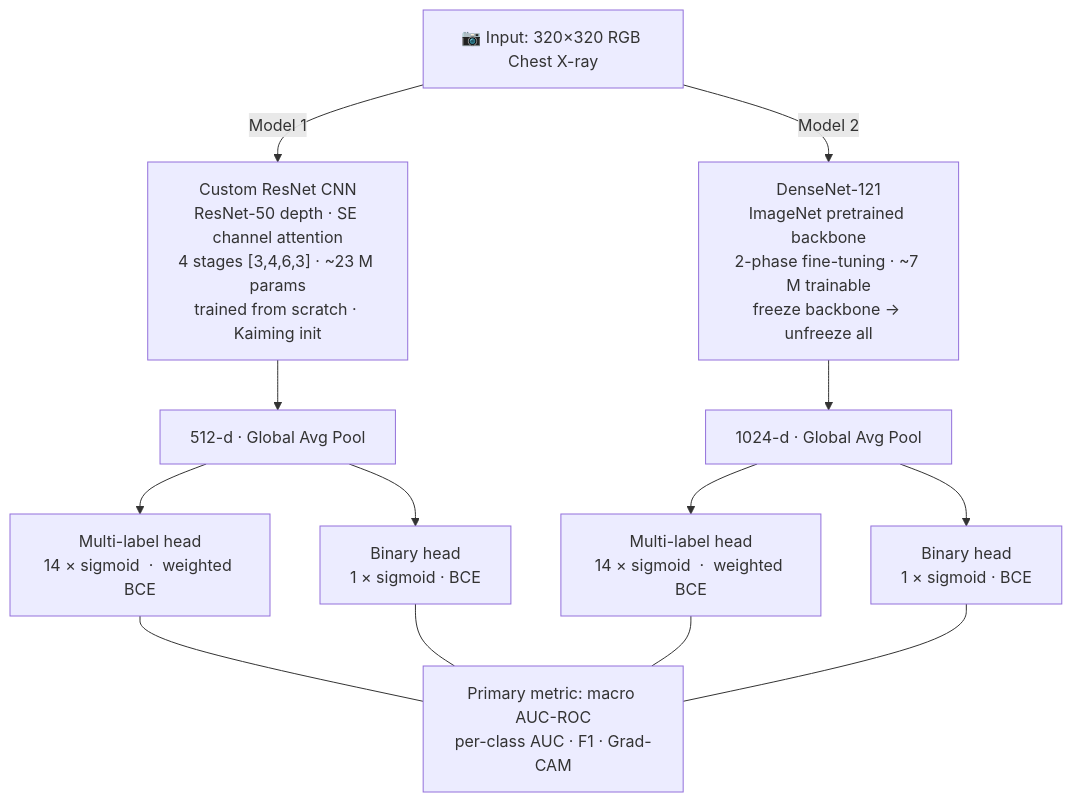
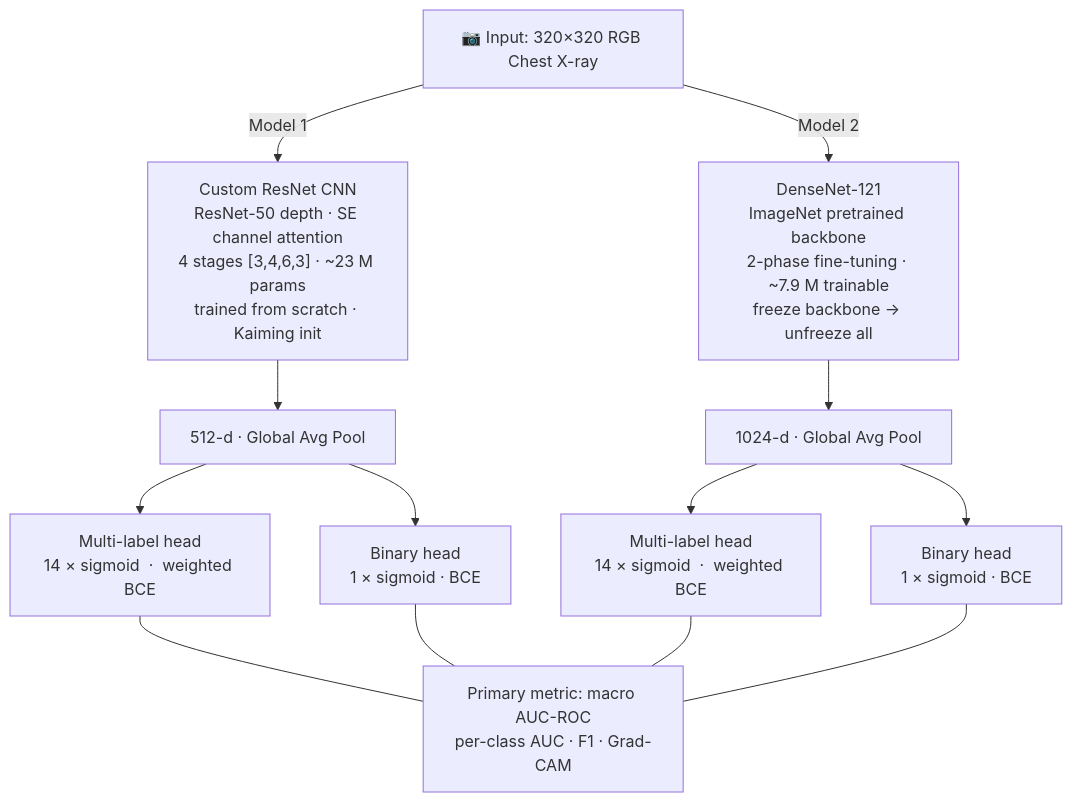
The first of 2 diagrams in README.md (arudaev/chexvision), drawn with Mermaid before and after one commit. The commit also changed other lines of this file and 11 other files, not shown here.

````diff
--- a/README.md
+++ b/README.md
@@ -62,20 +80,20 @@
 ```mermaid
 flowchart TB
     IMG["📷 Input: 320×320 RGB Chest X-ray"]
 
     IMG -->|Model 1| CNN["Custom ResNet CNN\nResNet-50 depth · SE channel attention\n4 stages [3,4,6,3] · ~23 M params\ntrained from scratch · Kaiming init"]
-    IMG -->|Model 2| DNN["DenseNet-121\nImageNet pretrained backbone\n2-phase fine-tuning · ~7 M trainable\nfreeze backbone → unfreeze all"]
+    IMG -->|Model 2| DNN["DenseNet-121\nImageNet pretrained backbone\n2-phase fine-tuning · ~7.9 M trainable\nfreeze backbone → unfreeze all"]
 
     CNN --> F1["512-d  ·  Global Avg Pool"]
     DNN --> F2["1024-d  ·  Global Avg Pool"]
 
     F1 --> ML1["Multi-label head\n14 × sigmoid  ·  weighted BCE"]
     F1 --> BN1["Binary head\n1 × sigmoid  ·  BCE"]
     F2 --> ML2["Multi-label head\n14 × sigmoid  ·  weighted BCE"]
     F2 --> BN2["Binary head\n1 × sigmoid  ·  BCE"]
 
     ML1 --- EVAL["Primary metric: macro AUC-ROC\nper-class AUC · F1 · Grad-CAM"]
     BN1 --- EVAL
     ML2 --- EVAL
     BN2 --- EVAL
 ```
````
